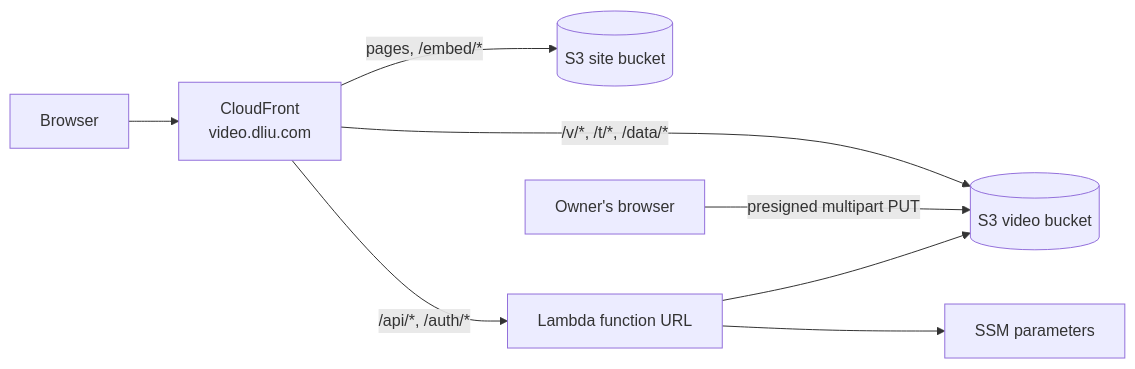
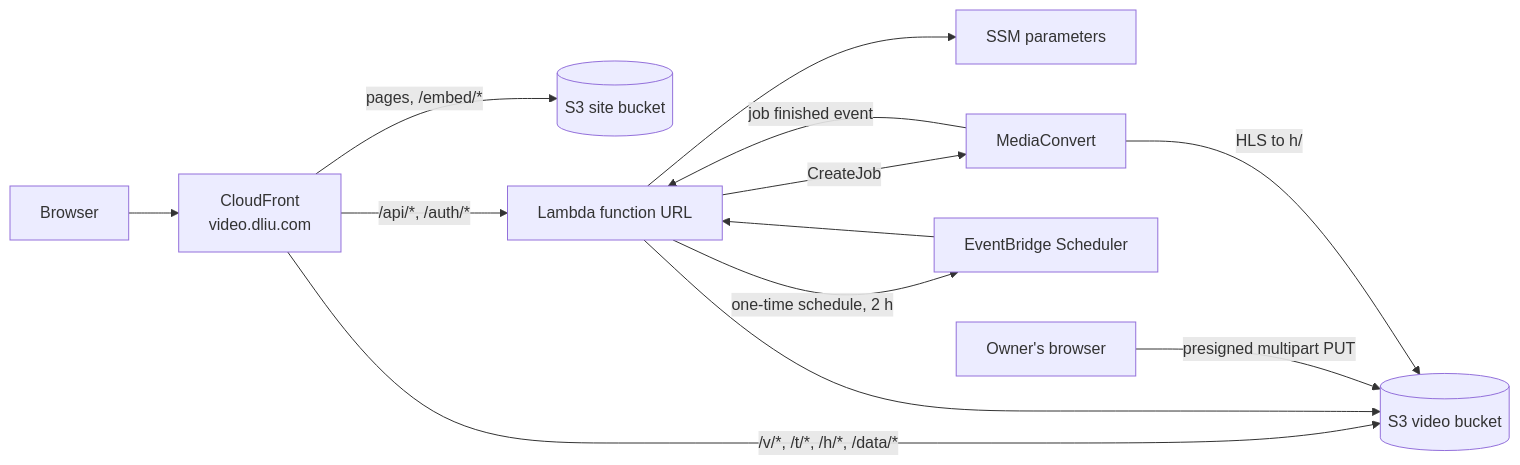
One commit to dliu-com/video changed the diagram in README.md. Above: the diagram before and after it, drawn with Mermaid. The commit also changed other lines of this file and 30 other files, not shown here.

First line of the commit message:
Add adaptive HLS streaming with MediaConvert and a Plyr player

````diff
--- a/README.md
+++ b/README.md
@@ -12,10 +12,15 @@
 ```mermaid
 flowchart LR
   viewer[Browser] --> cf[CloudFront<br>video.dliu.com]
   cf -->|pages, /embed/*| site[(S3 site bucket)]
-  cf -->|/v/*, /t/*, /data/*| videos[(S3 video bucket)]
+  cf -->|/v/*, /t/*, /h/*, /data/*| videos[(S3 video bucket)]
   cf -->|/api/*, /auth/*| fn[Lambda function URL]
   fn --> videos
   fn --> ssm[SSM parameters]
   owner[Owner's browser] -->|presigned multipart PUT| videos
+  fn -->|one-time schedule, 2 h| sched[EventBridge Scheduler]
+  sched --> fn
+  fn -->|CreateJob| mc[MediaConvert]
+  mc -->|HLS to h/| videos
+  mc -->|job finished event| fn
 ```
````
